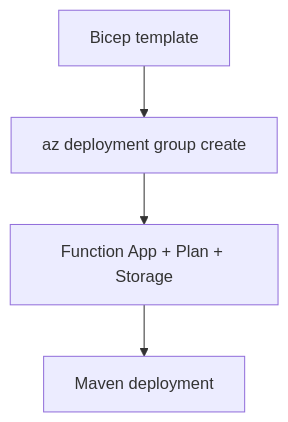
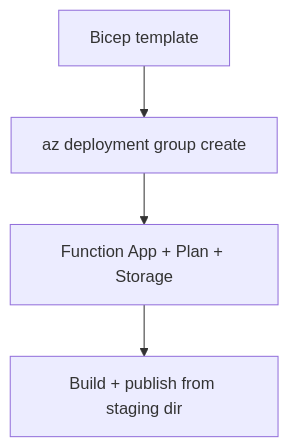
The diagram in docs/language-guides/java/tutorial/consumption/05-infrastructure-as-code.md (yeongseon/azure-functions-practical-guide), drawn with Mermaid before and after one commit. The commit also changed other lines of this file and 7 other files, not shown here.

````diff
--- a/docs/language-guides/java/tutorial/consumption/05-infrastructure-as-code.md
+++ b/docs/language-guides/java/tutorial/consumption/05-infrastructure-as-code.md
@@ -21,6 +35,6 @@
 ```mermaid
 flowchart TD
     A[Bicep template] --> B[az deployment group create]
     B --> C[Function App + Plan + Storage]
-    C --> D[Maven deployment]
+    C --> D["Build + publish from staging dir"]
 ```
````
